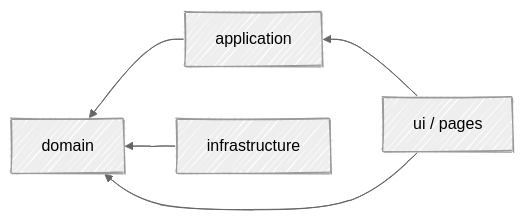
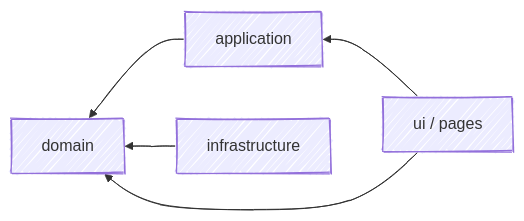
Before and after one commit to fbuireu/contribKit: the diagram in docs/wiki/Architecture.md, drawn with Mermaid. The commit also changed 6 other files, not shown here.

First line of the commit message:
docs: make handDrawn diagrams readable in both colour modes

````diff
--- a/docs/wiki/Architecture.md
+++ b/docs/wiki/Architecture.md
@@ -5,12 +5,11 @@
 ```mermaid
 ---
 config:
   look: handDrawn
-  theme: neutral
 ---
 flowchart RL
     application --> domain
     infrastructure --> domain
     ui["ui / pages"] --> application
     ui --> domain
 ```
````
